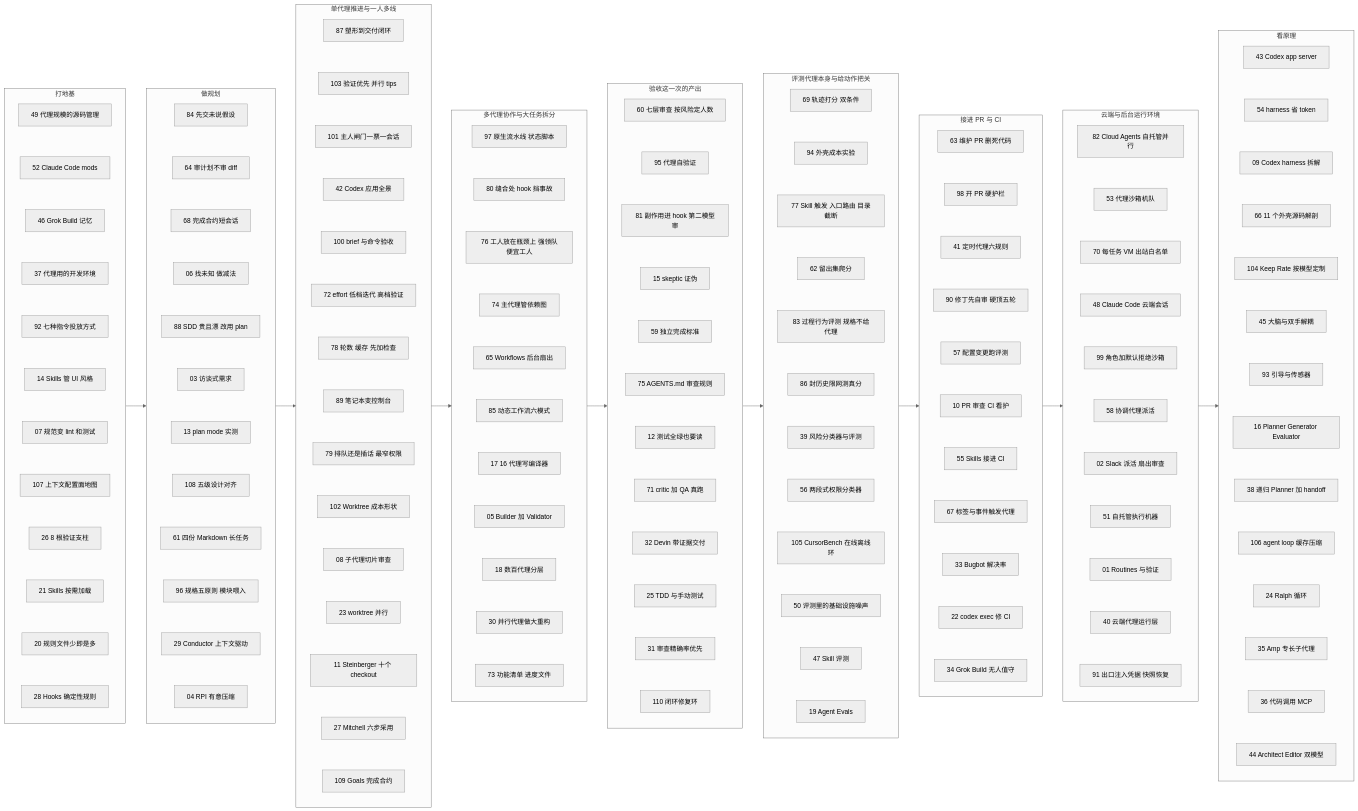
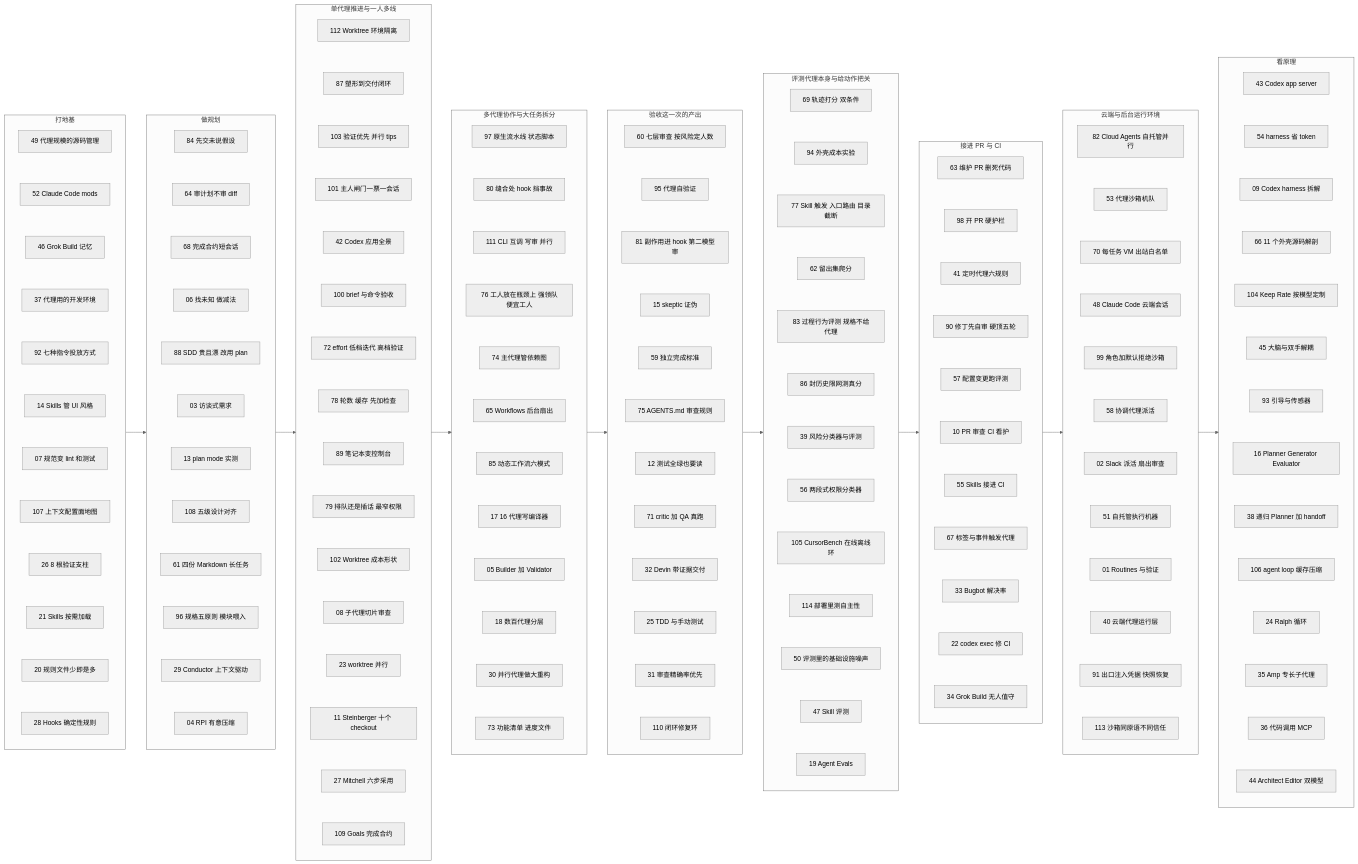
The diagram in docs/index.md (yzw7489757/ai-coding-videos), drawn with Mermaid (neutral theme) before and after one commit. The commit also changed other lines of this file and 17 other files, not shown here.

First line of the commit message:
第二十批收录 #111–#114：CLI 协作、三工具 Worktree、沙箱信任、部署自主性

```diff
--- a/docs/index.md
+++ b/docs/index.md
@@ -168,6 +168,7 @@
   end
   subgraph S3["单代理推进与一人多线"]
     direction TB
+    A112["112 Worktree 环境隔离"]
     A87["87 塑形到交付闭环"]
     A103["103 验证优先 并行 tips"]
     A101["101 主人闸门一票一会话"]
@@ -183,6 +184,7 @@
     A11["11 Steinberger 十个 checkout"]
     A27["27 Mitchell 六步采用"]
     A109["109 Goals 完成合约"]
+    A112 ~~~ A87
     A87 ~~~ A103
     A103 ~~~ A101
     A101 ~~~ A42
@@ -202,6 +204,7 @@
     direction TB
     A97["97 原生流水线 状态脚本"]
     A80["80 缝合处 hook 挡事故"]
+    A111["111 CLI 互调 写审 并行"]
     A76["76 工人放在瓶颈上 强领队便宜工人"]
     A74["74 主代理管依赖图"]
     A65["65 Workflows 后台扇出"]
@@ -212,7 +215,8 @@
     A30["30 并行代理做大重构"]
     A73["73 功能清单 进度文件"]
     A97 ~~~ A80
-    A80 ~~~ A76
+    A80 ~~~ A111
+    A111 ~~~ A76
     A76 ~~~ A74
     A74 ~~~ A65
     A65 ~~~ A85
@@ -259,6 +263,7 @@
     A39["39 风险分类器与评测"]
     A56["56 两段式权限分类器"]
     A105["105 CursorBench 在线离线环"]
+    A114["114 部署里测自主性"]
     A50["50 评测里的基础设施噪声"]
     A47["47 Skill 评测"]
     A19["19 Agent Evals"]
@@ -270,7 +275,8 @@
     A86 ~~~ A39
     A39 ~~~ A56
     A56 ~~~ A105
-    A105 ~~~ A50
+    A105 ~~~ A114
+    A114 ~~~ A50
     A50 ~~~ A47
     A47 ~~~ A19
   end
@@ -311,6 +317,7 @@
     A01["01 Routines 与验证"]
     A40["40 云端代理运行层"]
     A91["91 出口注入凭据 快照恢复"]
+    A113["113 沙箱同原语不同信任"]
     A82 ~~~ A53
     A53 ~~~ A70
     A70 ~~~ A48
@@ -321,6 +328,7 @@
     A51 ~~~ A01
     A01 ~~~ A40
     A40 ~~~ A91
+    A91 ~~~ A113
   end
   subgraph S9["看原理"]
     direction TB
```
